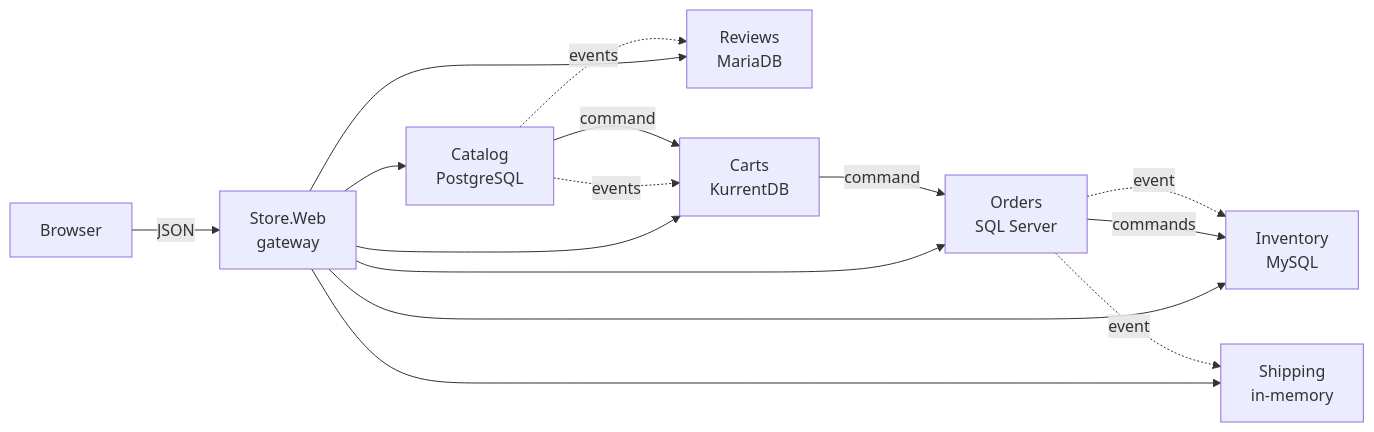
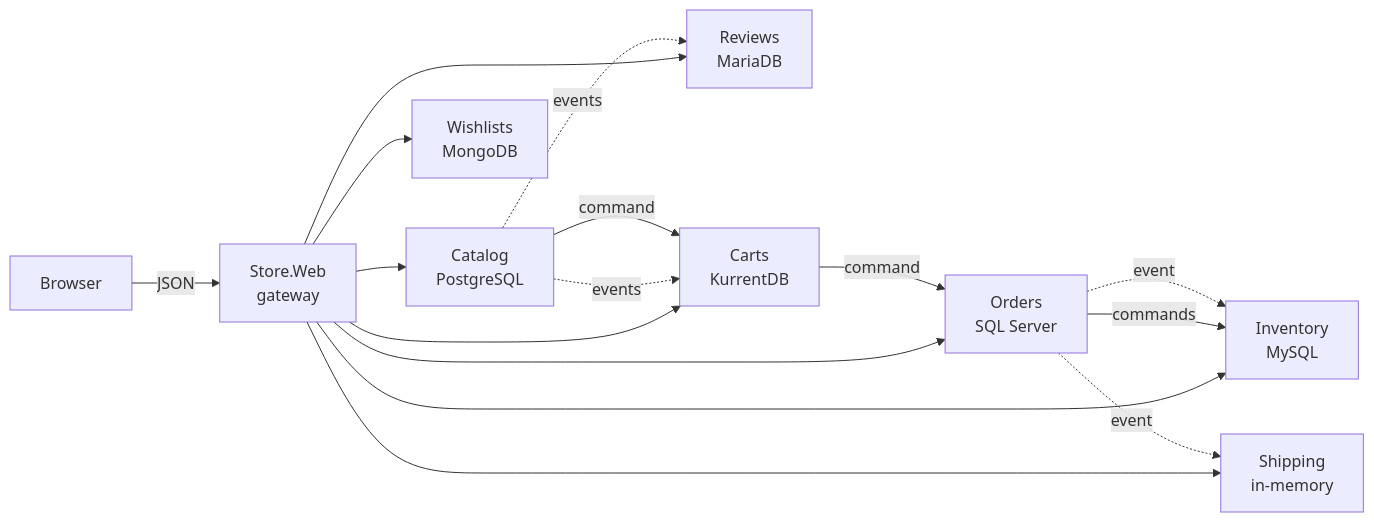
One commit to szawaski/Zerra changed the diagram in Demo/Store/README.md. Above: the diagram before and after it, drawn with Mermaid. The commit also changed other lines of this file and 77 other files, not shown here.

````diff
--- a/Demo/Store/README.md
+++ b/Demo/Store/README.md
@@ -7,17 +7,18 @@
 ```mermaid
 flowchart LR
     Browser["Browser"] -- JSON --> Web["Store.Web<br/>gateway"]
     Web --> Catalog["Catalog<br/>PostgreSQL"]
     Web --> Inventory["Inventory<br/>MySQL"]
     Web --> Orders["Orders<br/>SQL Server"]
     Web --> Reviews["Reviews<br/>MariaDB"]
     Web --> Shipping["Shipping<br/>in-memory"]
     Web --> Carts["Carts<br/>KurrentDB"]
+    Web --> Wishlists["Wishlists<br/>MongoDB"]
     Orders -- commands --> Inventory
     Orders -. event .-> Inventory
     Orders -. event .-> Shipping
     Catalog -. events .-> Carts
     Catalog -. events .-> Reviews
     Catalog -- command --> Carts
     Carts -- command --> Orders
 ```
````
